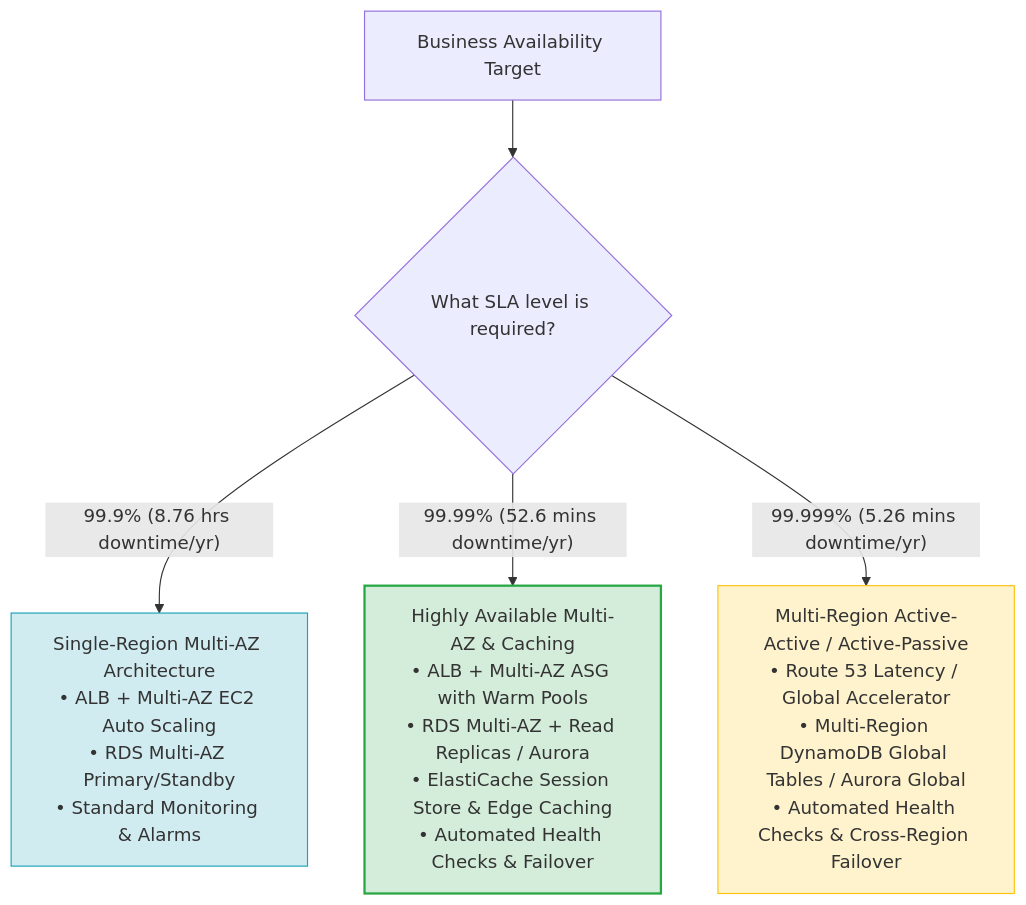
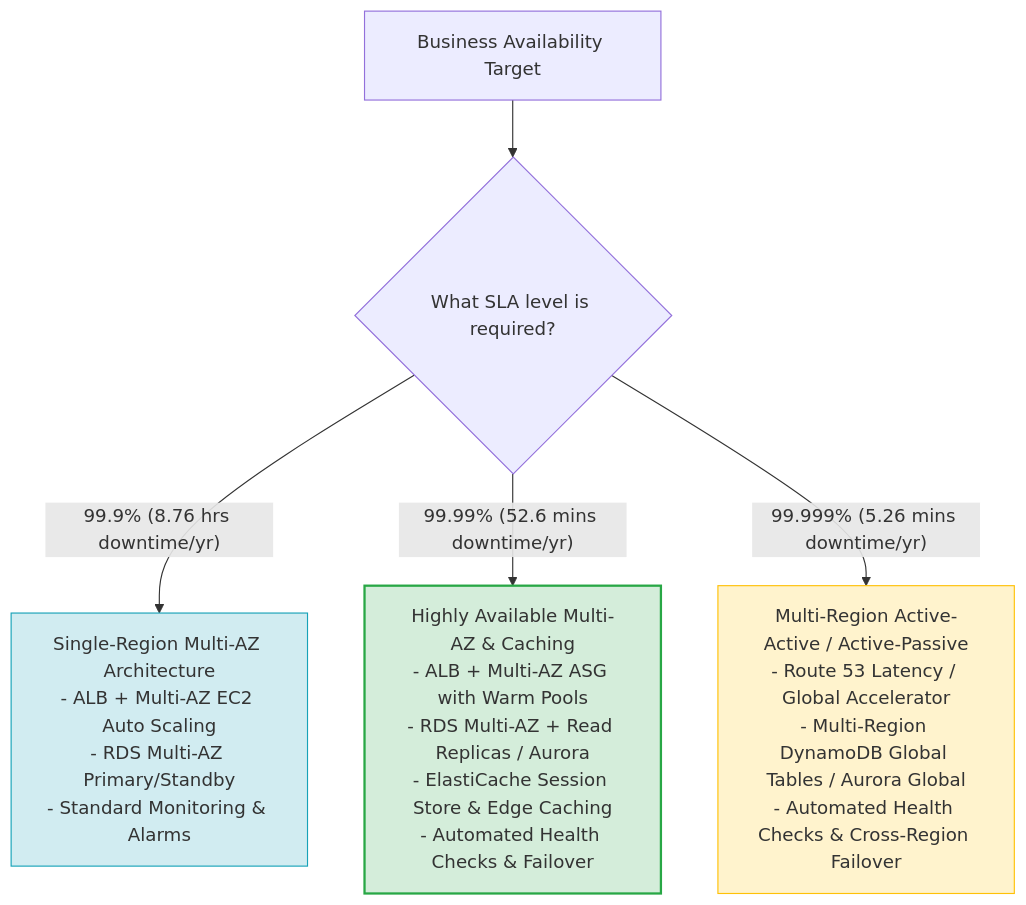
One commit to ReginRavi/AIP-C01 changed the second of 5 diagrams in Professional/3.3 Service level agreements (SLAs) and key performance indicators (KPIs).md. Above: the diagram before and after it, drawn with Mermaid. The commit also changed other lines of this file, not shown here.

Commit message:
Fix Mermaid diagram syntax in Scenario 6.1 and 6.2 of SLAs and KPIs note

````diff
--- a/Professional/3.3 Service level agreements (SLAs) and key performance indicators (KPIs).md
+++ b/Professional/3.3 Service level agreements (SLAs) and key performance indicators (KPIs).md
@@ -54,14 +56,14 @@
 ```mermaid
 flowchart TD
     Req["Business Availability Target"] --> Choice{"What SLA level is required?"}
 
-    Choice -- "99.9% (8.76 hrs downtime/yr)" --> Tier1["Single-Region Multi-AZ Architecture<br/>• ALB + Multi-AZ EC2 Auto Scaling<br/>• RDS Multi-AZ Primary/Standby<br/>• Standard Monitoring & Alarms"]
+    Choice -- "99.9% (8.76 hrs downtime/yr)" --> Tier1["Single-Region Multi-AZ Architecture<br/>- ALB + Multi-AZ EC2 Auto Scaling<br/>- RDS Multi-AZ Primary/Standby<br/>- Standard Monitoring & Alarms"]
 
-    Choice -- "99.99% (52.6 mins downtime/yr)" --> Tier2["Highly Available Multi-AZ & Caching<br/>• ALB + Multi-AZ ASG with Warm Pools<br/>• RDS Multi-AZ + Read Replicas / Aurora<br/>• ElastiCache Session Store & Edge Caching<br/>• Automated Health Checks & Failover"]
+    Choice -- "99.99% (52.6 mins downtime/yr)" --> Tier2["Highly Available Multi-AZ & Caching<br/>- ALB + Multi-AZ ASG with Warm Pools<br/>- RDS Multi-AZ + Read Replicas / Aurora<br/>- ElastiCache Session Store & Edge Caching<br/>- Automated Health Checks & Failover"]
 
-    Choice -- "99.999% (5.26 mins downtime/yr)" --> Tier3["Multi-Region Active-Active / Active-Passive<br/>• Route 53 Latency / Global Accelerator<br/>• Multi-Region DynamoDB Global Tables / Aurora Global<br/>• Automated Health Checks & Cross-Region Failover"]
+    Choice -- "99.999% (5.26 mins downtime/yr)" --> Tier3["Multi-Region Active-Active / Active-Passive<br/>- Route 53 Latency / Global Accelerator<br/>- Multi-Region DynamoDB Global Tables / Aurora Global<br/>- Automated Health Checks & Cross-Region Failover"]
 
     style Tier1 fill:#d1ecf1,stroke:#17a2b8,stroke-width:1px
     style Tier2 fill:#d4edda,stroke:#28a745,stroke-width:2px
     style Tier3 fill:#fff3cd,stroke:#ffc107,stroke-width:1px
 ```
````
